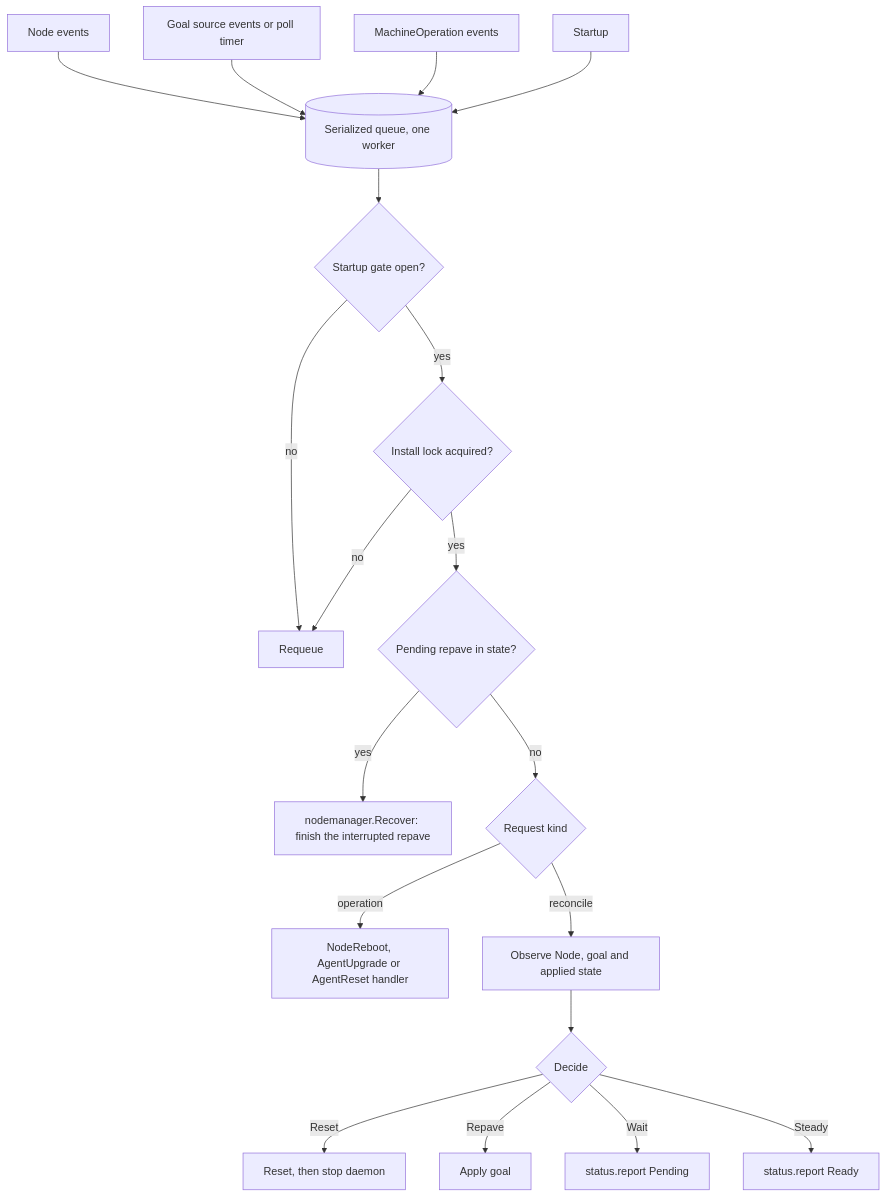
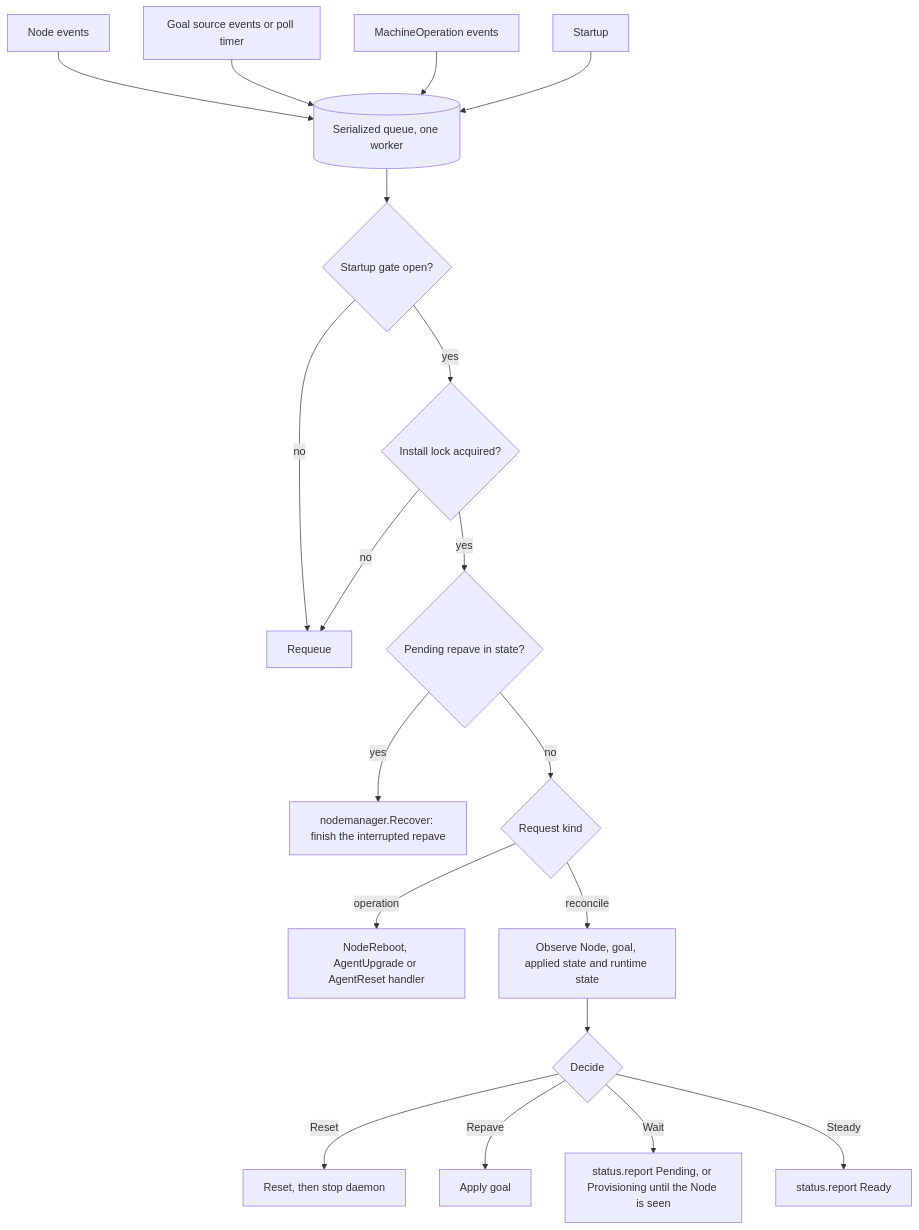
The fifth of 9 diagrams in designs/agent-v2.md (Azure/unbounded), drawn with Mermaid before and after one commit. The commit also changed other lines of this file and 1 other file, not shown here.

````diff
--- a/designs/agent-v2.md
+++ b/designs/agent-v2.md
@@ -1311,21 +1360,21 @@
 ```mermaid
 flowchart TD
   T1["Node events"] --> Q
   T2["Goal source events or poll timer"] --> Q
   T3["MachineOperation events"] --> Q
   T4["Startup"] --> Q
   Q[("Serialized queue, one worker")] --> G{"Startup gate open?"}
   G -- no --> RQ["Requeue"]
   G -- yes --> L{"Install lock acquired?"}
   L -- no --> RQ
   L -- yes --> P{"Pending repave in state?"}
   P -- yes --> RF["nodemanager.Recover: finish the interrupted repave"]
   P -- no --> K{"Request kind"}
   K -- operation --> OP["NodeReboot, AgentUpgrade or AgentReset handler"]
-  K -- reconcile --> O["Observe Node, goal and applied state"]
+  K -- reconcile --> O["Observe Node, goal, applied state and runtime state"]
   O --> D{"Decide"}
   D -- Reset --> RS["Reset, then stop daemon"]
   D -- Repave --> AP["Apply goal"]
-  D -- Wait --> W["status.report Pending"]
+  D -- Wait --> W["status.report Pending, or Provisioning until the Node is seen"]
   D -- Steady --> S["status.report Ready"]
 ```
````
